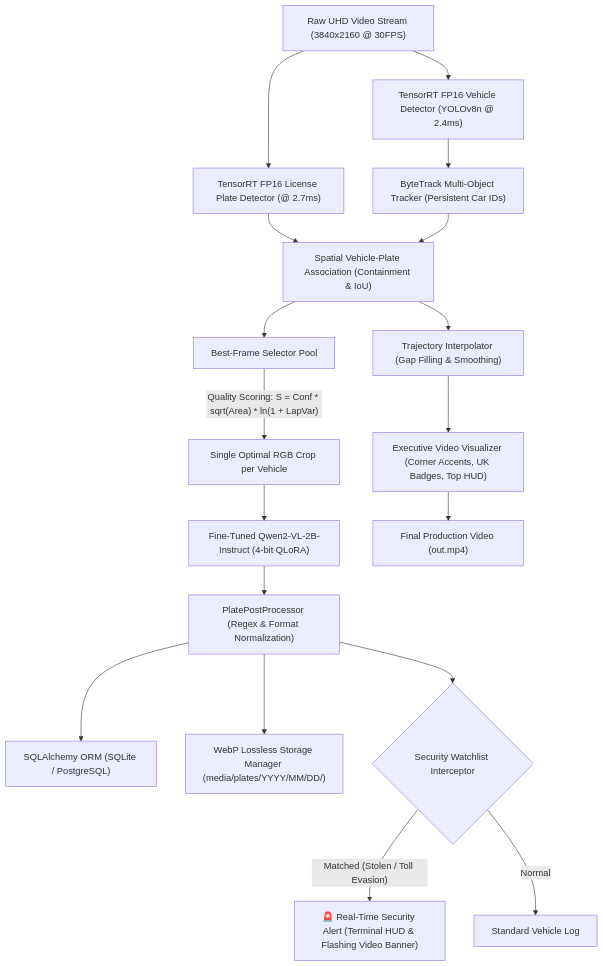
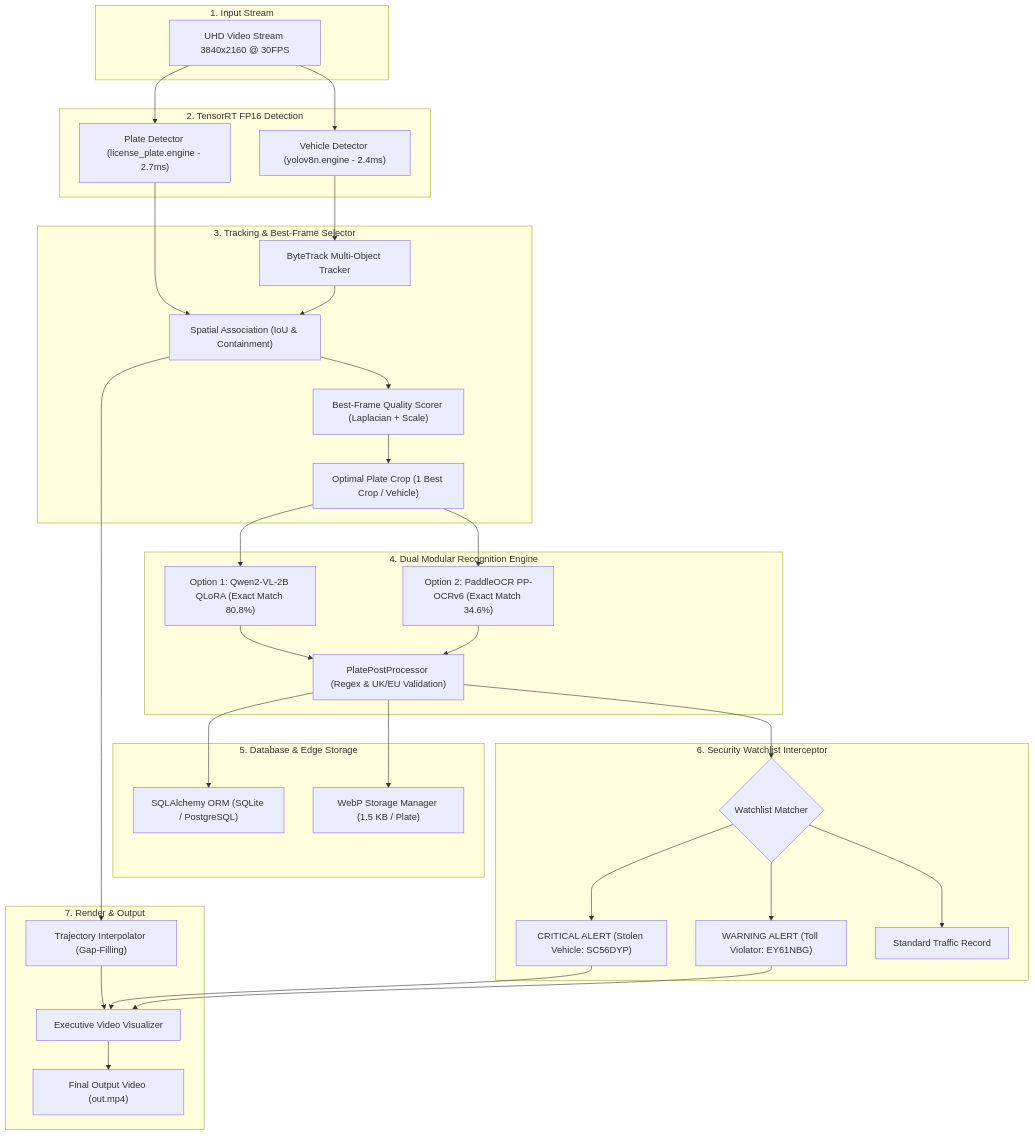
One commit to BaoNguyenz/Automatic-number-plate-recognition changed the diagram in README.md. Above: the diagram before and after it, drawn with Mermaid. The commit also changed 1 other file, not shown here.

Commit message:
feat: add PaddleOCR recognition engine, benchmark scripts, and configuration files

````diff
--- a/README.md
+++ b/README.md
@@ -36,26 +36,78 @@
 ```mermaid
 graph TD
-    A["Raw UHD Video Stream (3840x2160 @ 30FPS)"] --> B["TensorRT FP16 Vehicle Detector (YOLOv8n @ 2.4ms)"]
-    A --> C["TensorRT FP16 License Plate Detector (@ 2.7ms)"]
-    
-    B --> D["ByteTrack Multi-Object Tracker (Persistent Car IDs)"]
-    C --> E["Spatial Vehicle-Plate Association (Containment & IoU)"]
+    %% 1. INPUT LAYER
+    subgraph S1["1. Input Stream"]
+        A["UHD Video Stream 3840x2160 @ 30FPS"]
+    end
+
+    %% 2. TENSORRT INFERENCE
+    subgraph S2["2. TensorRT FP16 Detection"]
+        B["Vehicle Detector (yolov8n.engine - 2.4ms)"]
+        C["Plate Detector (license_plate.engine - 2.7ms)"]
+    end
+
+    %% 3. TRACKING & QUALITY FILTER
+    subgraph S3["3. Tracking & Best-Frame Selector"]
+        D["ByteTrack Multi-Object Tracker"]
+        E["Spatial Association (IoU & Containment)"]
+        F["Best-Frame Quality Scorer (Laplacian + Scale)"]
+        G["Optimal Plate Crop (1 Best Crop / Vehicle)"]
+    end
+
+    %% 4. DUAL RECOGNITION ENGINES
+    subgraph S4["4. Dual Modular Recognition Engine"]
+        H1["Option 1: Qwen2-VL-2B QLoRA (Exact Match 80.8%)"]
+        H2["Option 2: PaddleOCR PP-OCRv6 (Exact Match 34.6%)"]
+        I["PlatePostProcessor (Regex & UK/EU Validation)"]
+    end
+
+    %% 5. STORAGE & DATABASE
+    subgraph S5["5. Database & Edge Storage"]
+        J["SQLAlchemy ORM (SQLite / PostgreSQL)"]
+        K["WebP Storage Manager (1.5 KB / Plate)"]
+    end
+
+    %% 6. SECURITY WATCHLIST
+    subgraph S6["6. Security Watchlist Interceptor"]
+        L{"Watchlist Matcher"}
+        M1["CRITICAL ALERT (Stolen Vehicle: SC56DYP)"]
+        M2["WARNING ALERT (Toll Violator: EY61NBG)"]
+        M3["Standard Traffic Record"]
+    end
+
+    %% 7. VIDEO PRODUCTION
+    subgraph S7["7. Render & Output"]
+        N["Trajectory Interpolator (Gap-Filling)"]
+        O["Executive Video Visualizer"]
+        P["Final Output Video (out.mp4)"]
+    end
+
+    %% CLEAN PIPELINE FLOW
+    A --> B
+    A --> C
+    B --> D
+    C --> E
     D --> E
-    
-    E --> F["Best-Frame Selector Pool"]
-    F -- "Quality Scoring: S = Conf * sqrt(Area) * ln(1 + LapVar)" --> G["Single Optimal RGB Crop per Vehicle"]
-    
-    G --> H["Fine-Tuned Qwen2-VL-2B-Instruct (4-bit QLoRA)"]
-    H --> I["PlatePostProcessor (Regex & Format Normalization)"]
-    
-    I --> J["SQLAlchemy ORM (SQLite / PostgreSQL)"]
-    I --> K["WebP Lossless Storage Manager (media/plates/YYYY/MM/DD/)"]
-    I --> L{"Security Watchlist Interceptor"}
-    
-    L -- "Matched (Stolen / Toll Evasion)" --> M["🚨 Real-Time Security Alert (Terminal HUD & Flashing Video Banner)"]
-    L -- "Normal" --> N["Standard Vehicle Log"]
-    
-    E --> O["Trajectory Interpolator (Gap Filling & Smoothing)"]
-    O --> P["Executive Video Visualizer (Corner Accents, UK Badges, Top HUD)"]
-    P --> Q["Final Production Video (out.mp4)"]
+    E --> F
+    F --> G
+
+    G --> H1
+    G --> H2
+    H1 --> I
+    H2 --> I
+
+    I --> J
+    I --> K
+    I --> L
+
+    L --> M1
+    L --> M2
+    L --> M3
+
+    E --> N
+    N --> O
+    M1 --> O
+    M2 --> O
+    O --> P
+
 ```
````
